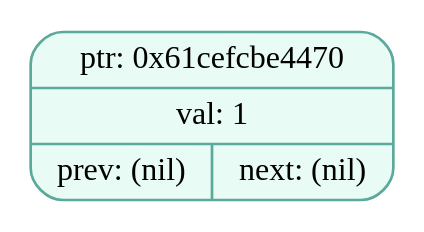
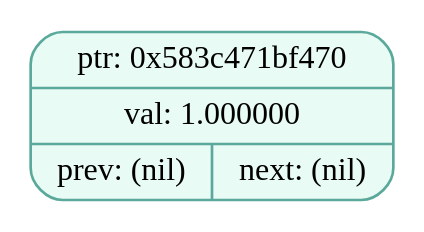
The diagram in dumps/tree_dump_004.dot (EvilTomato9890/Difference), drawn with Graphviz before and after one commit. The commit also changed 36 other files, not shown here.

```diff
--- a/dumps/tree_dump_004.dot
+++ b/dumps/tree_dump_004.dot
@@ -1,5 +1,5 @@
 digraph T{
   node [fontname="Fira Mono",shape=record,style="filled,rounded",fontsize=12];
   graph [splines=true, nodesep=0.6, ranksep=0.6];
-  node_0x61cefcbe4470[shape=record,label="{ {ptr: 0x61cefcbe4470} | {val: 1} | { prev: (nil) | next: (nil) } }",color="#5aa99b",fillcolor="#e9fbf5"];
+  node_0x583c471bf470[shape=record,label="{ {ptr: 0x583c471bf470} | {val: 1.000000} | { prev: (nil) | next: (nil) } }",color="#5aa99b",fillcolor="#e9fbf5"];
 }
```
